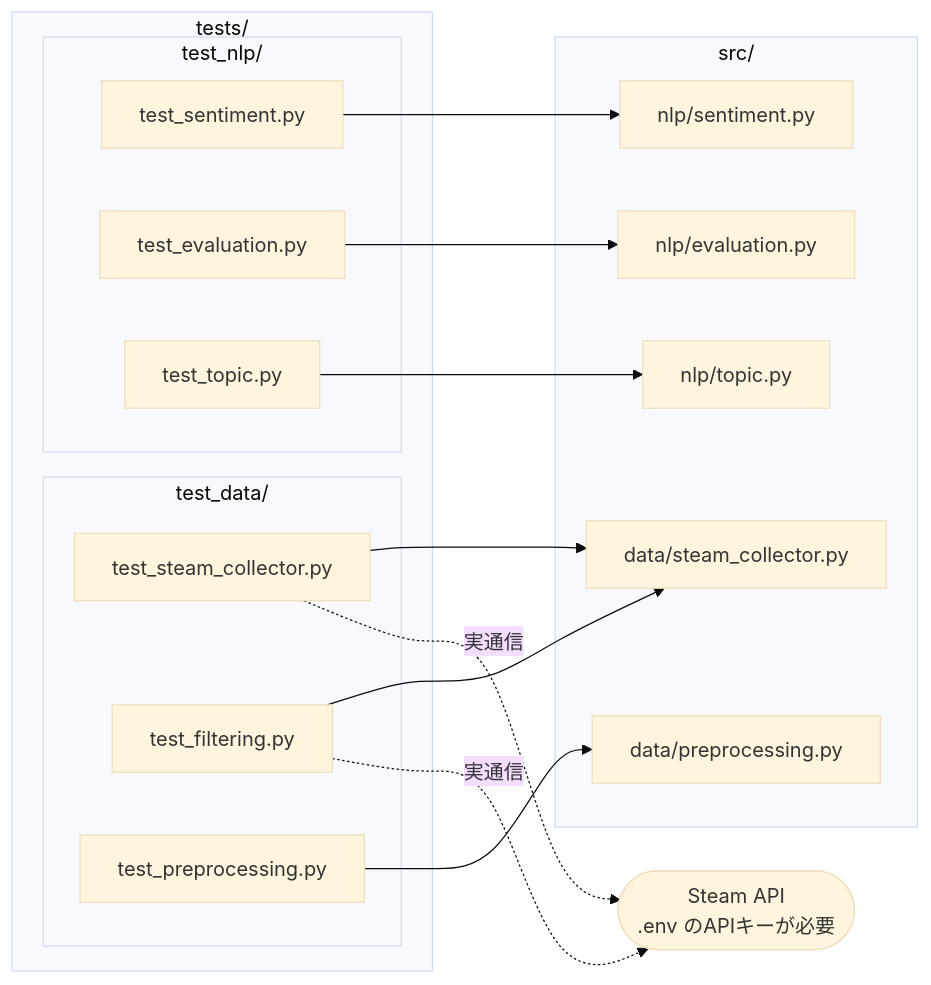
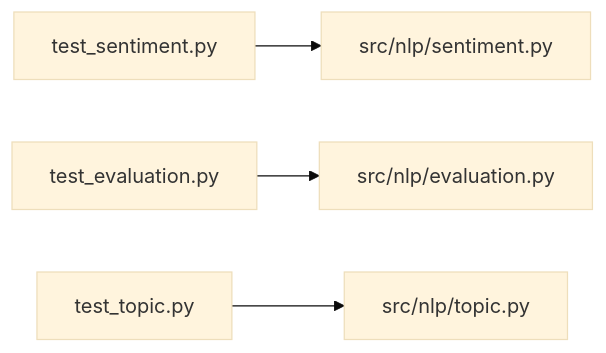
The second of 2 diagrams in tests/README.md (rindguitar/game-demand-forecast), drawn with Mermaid (base theme) before and after one commit. The commit also changed other lines of this file and 2 other files, not shown here.

Commit message:
docs: READMEの図をディレクトリ単位に分割し、線の交差を減らす
1枚の大きな図では線が交差して読めなかったため、処理の単位ごとに
小さい図へ割った。1枚あたりの線は最大20本から最大7本になった。

- scripts/README.md: 全体は4段の粗い流れのみ。collect/ nlp/ evaluation/ の
  各節に、その節だけの図を置く。誤分類分析は「差分を取る」「差分を分析する」
  「なぜ間違えたかを調べる」の3枚に分割
- src/README.md: 用途別に3枚（学習で使う部品 / 収集で使う部品 / 調査で使う部品）
- tests/README.md: test_data/ と test_nlp/ で2枚に分割

線が増えて読みにくくなる箇所（誤分類分析の共通入力CSVなど）は図から外し、
本文で補足した。全14枚を mermaid のパーサで構文検証済み。

````diff
--- a/tests/README.md
+++ b/tests/README.md
@@ -20,35 +32,6 @@
 ```mermaid
 flowchart LR
-    subgraph T["tests/"]
-        subgraph TDATA["test_data/"]
-            T1["test_steam_collector.py"]
-            T2["test_filtering.py"]
-            T3["test_preprocessing.py"]
-        end
-        subgraph TNLP["test_nlp/"]
-            T4["test_sentiment.py"]
-            T5["test_evaluation.py"]
-            T6["test_topic.py"]
-        end
-    end
-
-    subgraph S["src/"]
-        M1["data/steam_collector.py"]
-        M2["data/preprocessing.py"]
-        M3["nlp/sentiment.py"]
-        M4["nlp/evaluation.py"]
-        M5["nlp/topic.py"]
-    end
-
-    API(["Steam API<br/>.env のAPIキーが必要"])
-
-    T1 --> M1
-    T2 --> M1
-    T3 --> M2
-    T4 --> M3
-    T5 --> M4
-    T6 --> M5
-
-    T1 -. "実通信" .-> API
-    T2 -. "実通信" .-> API
+    T4["test_sentiment.py"] --> M3["src/nlp/sentiment.py"]
+    T5["test_evaluation.py"] --> M4["src/nlp/evaluation.py"]
+    T6["test_topic.py"] --> M5["src/nlp/topic.py"]
 ```
````
